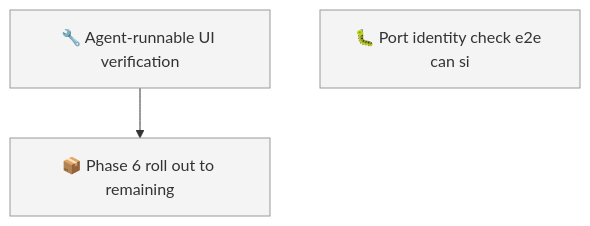
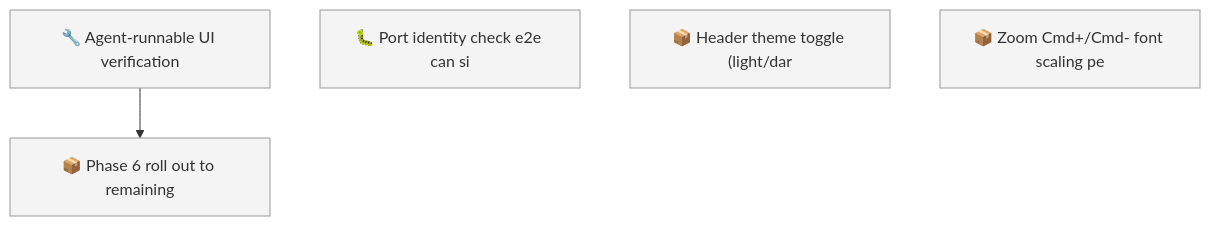
The first of 2 diagrams in docs/roadmap.md (SpillwaveSolutions/forge-notes), drawn with Mermaid before and after one commit. The commit also changed other lines of this file and 10 other files, not shown here.

````diff
--- a/docs/roadmap.md
+++ b/docs/roadmap.md
@@ -53,9 +57,11 @@
 ```mermaid
 graph TD
     01KYZ8X1X1V76HYNK8B5JYMD9W["🔧 Agent-runnable UI verification"]
     01KYZ8XMGPWDJ8KXXK23KV47NT["📦 Phase 6 roll out to remaining"]
     01KZ2HRT1E6SEP9E9KCX687YVG["🐛 Port identity check e2e can si"]
+    01KZ2JN6KQKJ90RP9A9H3PHZ0T["📦 Header theme toggle (light/dar"]
+    01KZ2JN6SD0RF7AR020N2V9880["📦 Zoom Cmd+/Cmd- font scaling pe"]
     01KYZ8X1X1V76HYNK8B5JYMD9W --> 01KYZ8XMGPWDJ8KXXK23KV47NT
     classDef todo fill:#f4f4f4,stroke:#999999
-    class 01KYZ8X1X1V76HYNK8B5JYMD9W,01KYZ8XMGPWDJ8KXXK23KV47NT,01KZ2HRT1E6SEP9E9KCX687YVG todo
+    class 01KYZ8X1X1V76HYNK8B5JYMD9W,01KYZ8XMGPWDJ8KXXK23KV47NT,01KZ2HRT1E6SEP9E9KCX687YVG,01KZ2JN6KQKJ90RP9A9H3PHZ0T,01KZ2JN6SD0RF7AR020N2V9880 todo
 ```
````
